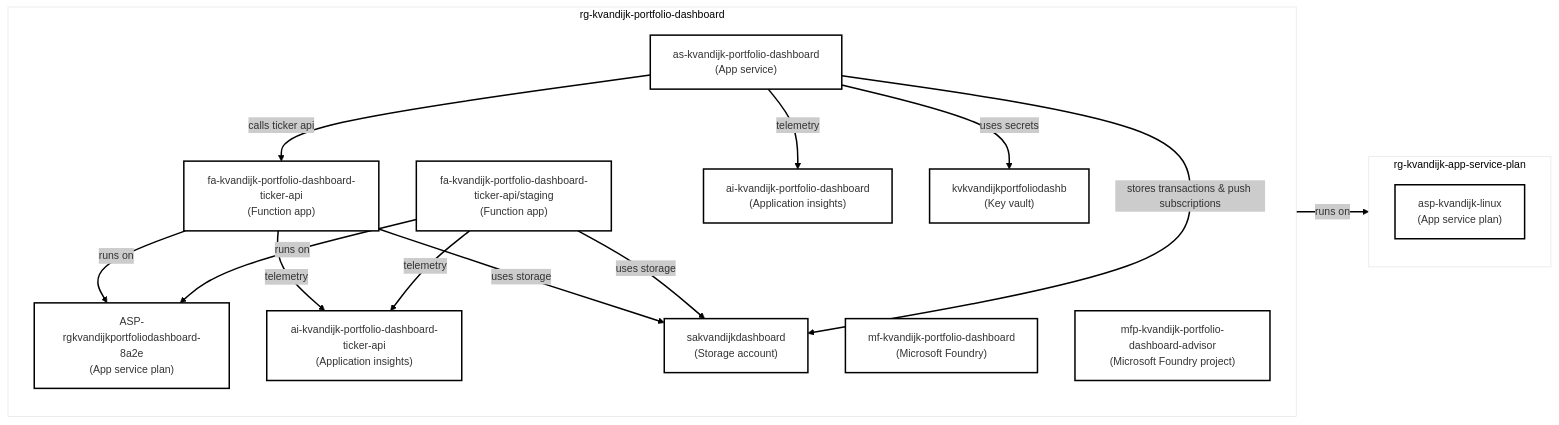
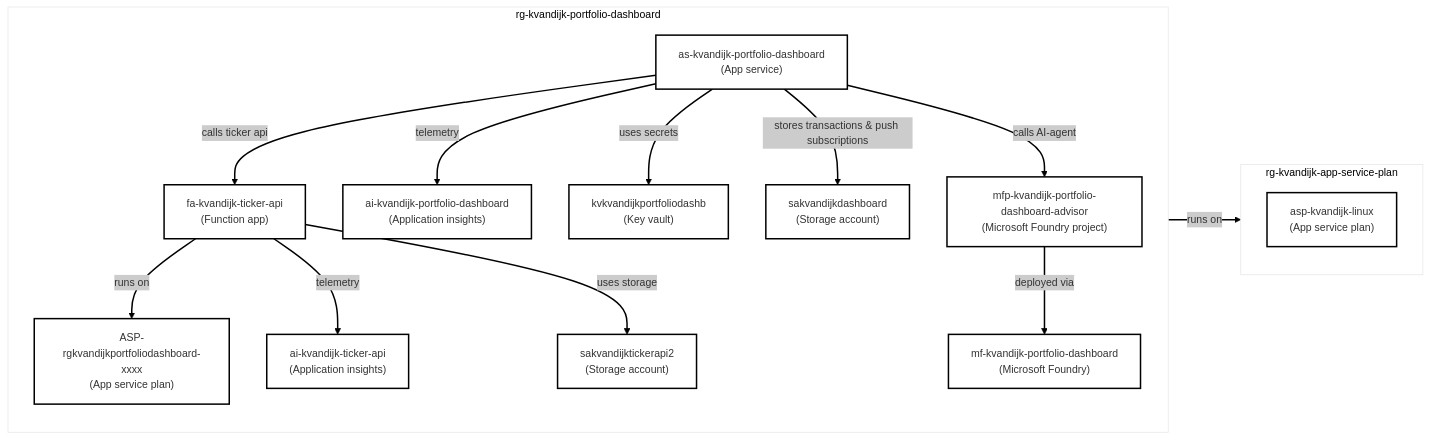
One commit to k-vandijk/portfolio changed the diagram in docs/application-landscape.mmd. Above: the diagram before and after it, drawn with Mermaid.

Commit message:
chore(documentation): update application landscape (#128)

```diff
--- a/docs/application-landscape.mmd
+++ b/docs/application-landscape.mmd
@@ -1,50 +1,51 @@
 %%{init: {'theme': 'neo'}}%%
 flowchart LR
 
   subgraph RG1["rg-kvandijk-portfolio-dashboard"]
     direction TB
 
-    ASP1["ASP-rgkvandijkportfoliodashboard-8a2e<br>(App service plan)"]
+    ASP2["ASP-rgkvandijkportfoliodashboard-xxxx<br>(App service plan)"]
 
     AI1["ai-kvandijk-portfolio-dashboard<br>(Application insights)"]
-    AI2["ai-kvandijk-portfolio-dashboard-ticker-api<br>(Application insights)"]
+    AI2["ai-kvandijk-ticker-api<br>(Application insights)"]
 
     AS1["as-kvandijk-portfolio-dashboard<br>(App service)"]
 
-    FA1["fa-kvandijk-portfolio-dashboard-ticker-api<br>(Function app)"]
-    FA1S["fa-kvandijk-portfolio-dashboard-ticker-api/staging<br>(Function app)"]
+    FA1["fa-kvandijk-ticker-api<br>(Function app)"]
 
     KV1["kvkvandijkportfoliodashb<br>(Key vault)"]
     
     SA1["sakvandijkdashboard<br>(Storage account)"]
+    SA2["sakvandijktickerapi2<br>(Storage account)"]
 
     MF1["mf-kvandijk-portfolio-dashboard<br>(Microsoft Foundry)"]
 
     MFP1["mfp-kvandijk-portfolio-dashboard-advisor<br>(Microsoft Foundry project)"]
   end
 
   subgraph RG2["rg-kvandijk-app-service-plan"]
     direction TB
-    ASP2["asp-kvandijk-linux<br>(App service plan)"]
+    ASP1["asp-kvandijk-linux<br>(App service plan)"]
   end
 
   %% Hosting relationship
-  AS1 -->|runs on| ASP2
-  FA1 -->|runs on| ASP1
-  FA1S -->|runs on| ASP1
+  AS1 -->|runs on| ASP1
+  FA1 -->|runs on| ASP2
 
   %% App-to-API calls
   AS1 -->|calls ticker api| FA1
 
   %% Observability
   AS1 -->|telemetry| AI1
   FA1 -->|telemetry| AI2
-  FA1S -->|telemetry| AI2
 
   %% Secrets
   AS1 -->|uses secrets| KV1
 
   %% Storage account usage
-  FA1 -->|uses storage| SA1
-  FA1S -->|uses storage| SA1
   AS1 -->|stores transactions & push subscriptions| SA1
+  FA1 -->|uses storage| SA2
+
+  %% Microsoft Foundry
+  MFP1 -->|deployed via| MF1
+  AS1 -->|calls AI-agent| MFP1
```
